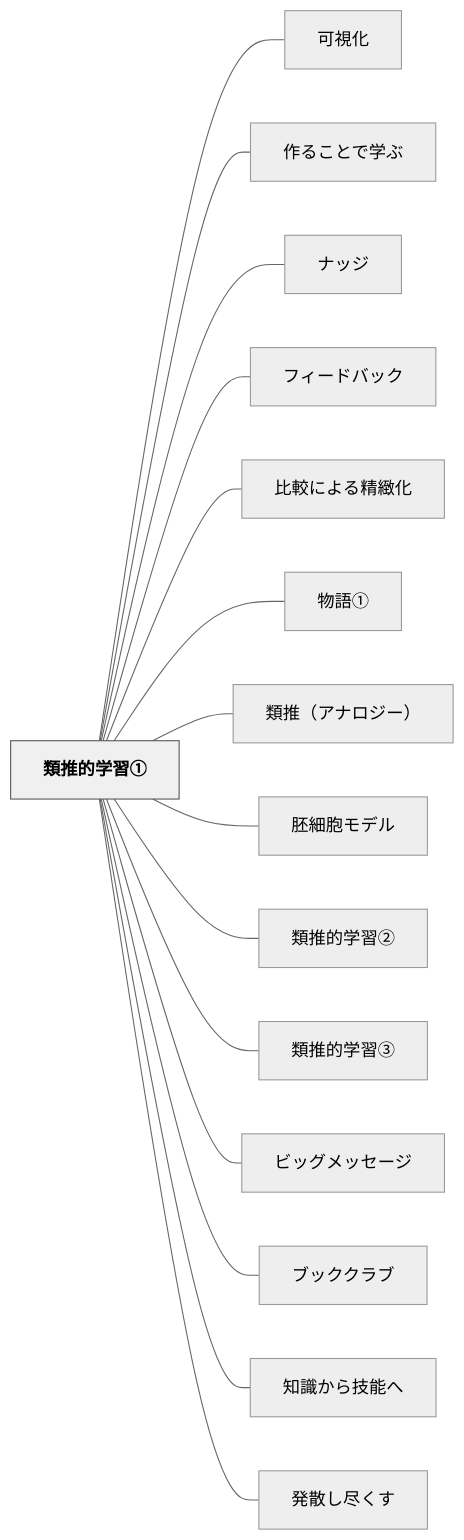
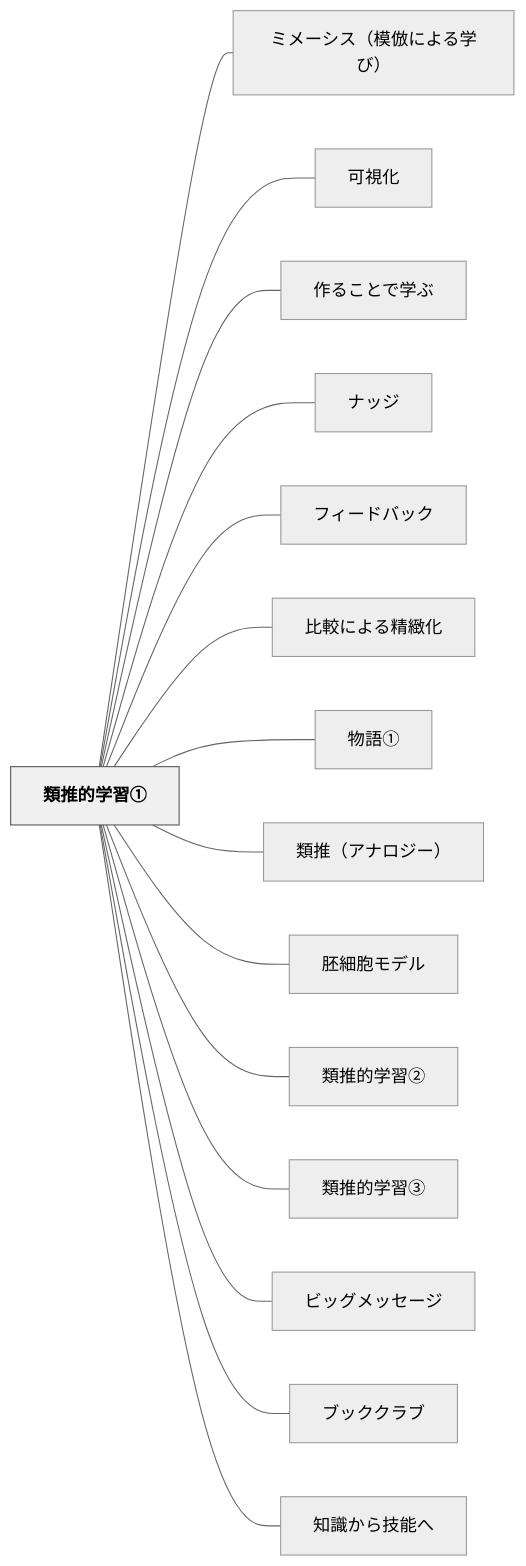
One commit to unknownthings-ed-patterns/unknownthings-ed-patterns changed the diagram in content/パタン/類推的学習①.md. Above: the diagram before and after it, drawn with Mermaid (neutral theme). The commit also changed other lines of this file and 13 other files, not shown here.

````diff
--- a/content/パタン/類推的学習①.md
+++ b/content/パタン/類推的学習①.md
@@ -117,36 +118,36 @@
 ```mermaid
 flowchart LR
     ne9a19ee68ea8e79a84e5ada6e7bf92e291a0["類推的学習①"]
+    ne3839fe383a1e383bce382b7e382b9efbc88e6a8a1e580a3e381abe38288e3828be5ada6e381b3efbc89["ミメーシス（模倣による学び）"]
     ne58fafe8a696e58c96["可視化"]
     ne4bd9ce3828be38193e381a8e381a7e5ada6e381b6["作ることで学ぶ"]
     ne3838ae38383e382b8["ナッジ"]
     ne38395e382a3e383bce38389e38390e38383e382af["フィードバック"]
     ne6af94e8bc83e381abe38288e3828be7b2bee7b7bbe58c96["比較による精緻化"]
     ne789a9e8aa9ee291a0["物語①"]
     ne9a19ee68ea8efbc88e382a2e3838ae383ade382b8e383bcefbc89["類推（アナロジー）"]
     ne8839ae7b4b0e8839ee383a2e38387e383ab["胚細胞モデル"]
     ne9a19ee68ea8e79a84e5ada6e7bf92e291a1["類推的学習②"]
     ne9a19ee68ea8e79a84e5ada6e7bf92e291a2["類推的学習③"]
     ne38393e38383e382b0e383a1e38383e382bbe383bce382b8["ビッグメッセージ"]
     ne38396e38383e382afe382afe383a9e38396["ブッククラブ"]
     ne79fa5e8ad98e3818be38289e68a80e883bde381b8["知識から技能へ"]
-    ne799bae695a3e38197e5b0bde3818fe38199["発散し尽くす"]
 
+    ne9a19ee68ea8e79a84e5ada6e7bf92e291a0 --- ne3839fe383a1e383bce382b7e382b9efbc88e6a8a1e580a3e381abe38288e3828be5ada6e381b3efbc89
     ne9a19ee68ea8e79a84e5ada6e7bf92e291a0 --- ne58fafe8a696e58c96
     ne9a19ee68ea8e79a84e5ada6e7bf92e291a0 --- ne4bd9ce3828be38193e381a8e381a7e5ada6e381b6
     ne9a19ee68ea8e79a84e5ada6e7bf92e291a0 --- ne3838ae38383e382b8
     ne9a19ee68ea8e79a84e5ada6e7bf92e291a0 --- ne38395e382a3e383bce38389e38390e38383e382af
     ne9a19ee68ea8e79a84e5ada6e7bf92e291a0 --- ne6af94e8bc83e381abe38288e3828be7b2bee7b7bbe58c96
     ne9a19ee68ea8e79a84e5ada6e7bf92e291a0 --- ne789a9e8aa9ee291a0
     ne9a19ee68ea8e79a84e5ada6e7bf92e291a0 --- ne9a19ee68ea8efbc88e382a2e3838ae383ade382b8e383bcefbc89
     ne9a19ee68ea8e79a84e5ada6e7bf92e291a0 --- ne8839ae7b4b0e8839ee383a2e38387e383ab
     ne9a19ee68ea8e79a84e5ada6e7bf92e291a0 --- ne9a19ee68ea8e79a84e5ada6e7bf92e291a1
     ne9a19ee68ea8e79a84e5ada6e7bf92e291a0 --- ne9a19ee68ea8e79a84e5ada6e7bf92e291a2
     ne9a19ee68ea8e79a84e5ada6e7bf92e291a0 --- ne38393e38383e382b0e383a1e38383e382bbe383bce382b8
     ne9a19ee68ea8e79a84e5ada6e7bf92e291a0 --- ne38396e38383e382afe382afe383a9e38396
     ne9a19ee68ea8e79a84e5ada6e7bf92e291a0 --- ne79fa5e8ad98e3818be38289e68a80e883bde381b8
-    ne9a19ee68ea8e79a84e5ada6e7bf92e291a0 --- ne799bae695a3e38197e5b0bde3818fe38199
 
     classDef hub fill:#f0f0f0,stroke:#555,color:#000,font-weight:bold
     class ne9a19ee68ea8e79a84e5ada6e7bf92e291a0 hub
 ```
````
